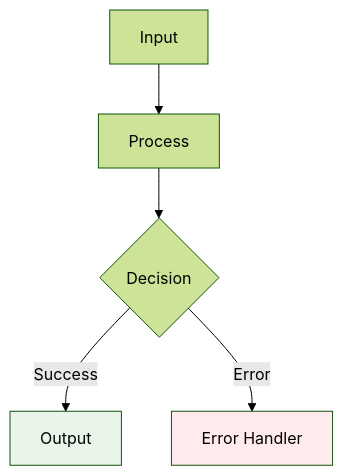
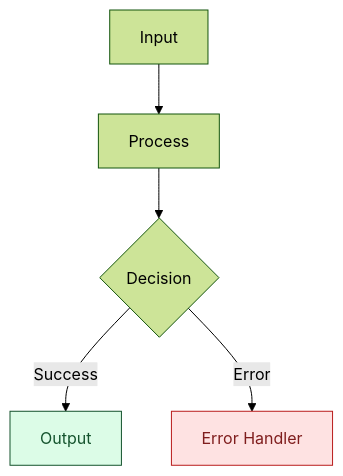
The sixth of 6 diagrams in instructions/documentation-formats.instructions.md (lightspeedwp/.github), drawn with Mermaid (forest theme) before and after one commit. The commit also changed other lines of this file and 181 other files, not shown here.

Commit message:
docs: maintenance updates (Mermaid + staleness)

````diff
--- a/instructions/documentation-formats.instructions.md
+++ b/instructions/documentation-formats.instructions.md
@@ -472,15 +472,15 @@
 ```mermaid
 flowchart TD
   accTitle: Mermaid Best Practices
   accDescr: Flowchart diagram showing mermaid best practices
     A[Input] --> B[Process]
     B --> C{Decision}
     C -->|Success| D[Output]
     C -->|Error| E[Error Handler]
 
-    classDef success fill:#e8f5e8
-    classDef error fill:#ffebee
+    classDef success fill:#dcfce7,color:#14532d,stroke:#14532d
+    classDef error fill:#fee2e2,color:#7f1d1d,stroke:#b91c1c
 
     class D success
     class E error
 ```
````
